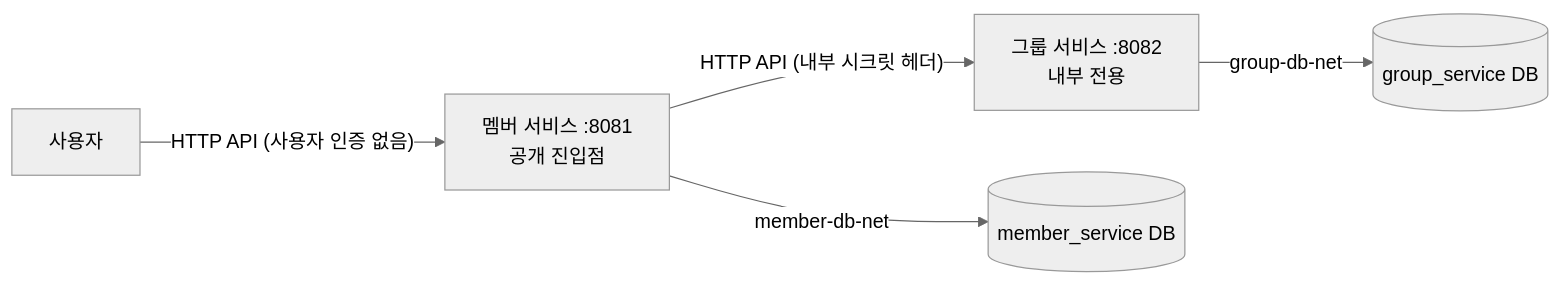
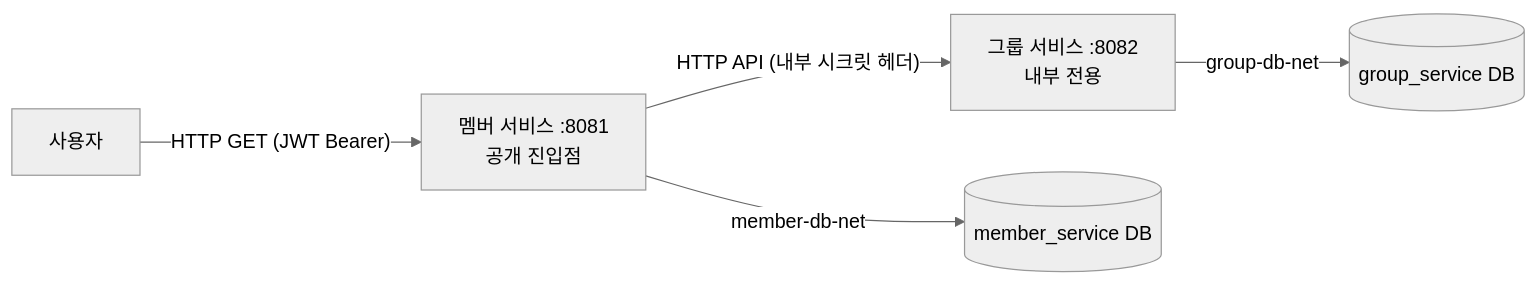
One commit to collenkim/task_20261104 changed the diagram in docs/common/architecture.md. Above: the diagram before and after it, drawn with Mermaid (neutral theme). The commit also changed 173 other files, not shown here.

First line of the commit message:
[REVIEW-002] 필수 요건 검토 반영: 응답 계약·JWT 인증·오류 코드표·GET 전용

````diff
--- a/docs/common/architecture.md
+++ b/docs/common/architecture.md
@@ -15,7 +15,7 @@
 ```mermaid
 flowchart LR
-    U["사용자"] -->|"HTTP API (사용자 인증 없음)"| M["멤버 서비스 :8081<br/>공개 진입점"]
+    U["사용자"] -->|"HTTP GET (JWT Bearer)"| M["멤버 서비스 :8081<br/>공개 진입점"]
     M -->|"HTTP API (내부 시크릿 헤더)"| G["그룹 서비스 :8082<br/>내부 전용"]
     M -->|"member-db-net"| MD[("member_service DB")]
     G -->|"group-db-net"| GD[("group_service DB")]
 ```
````
